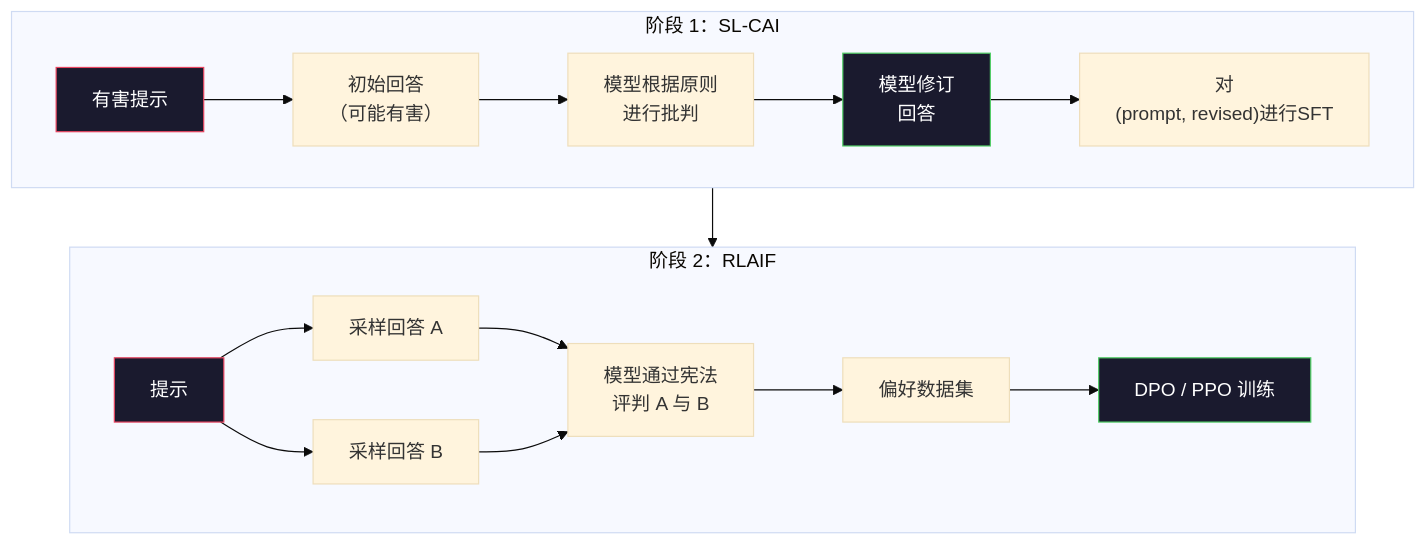
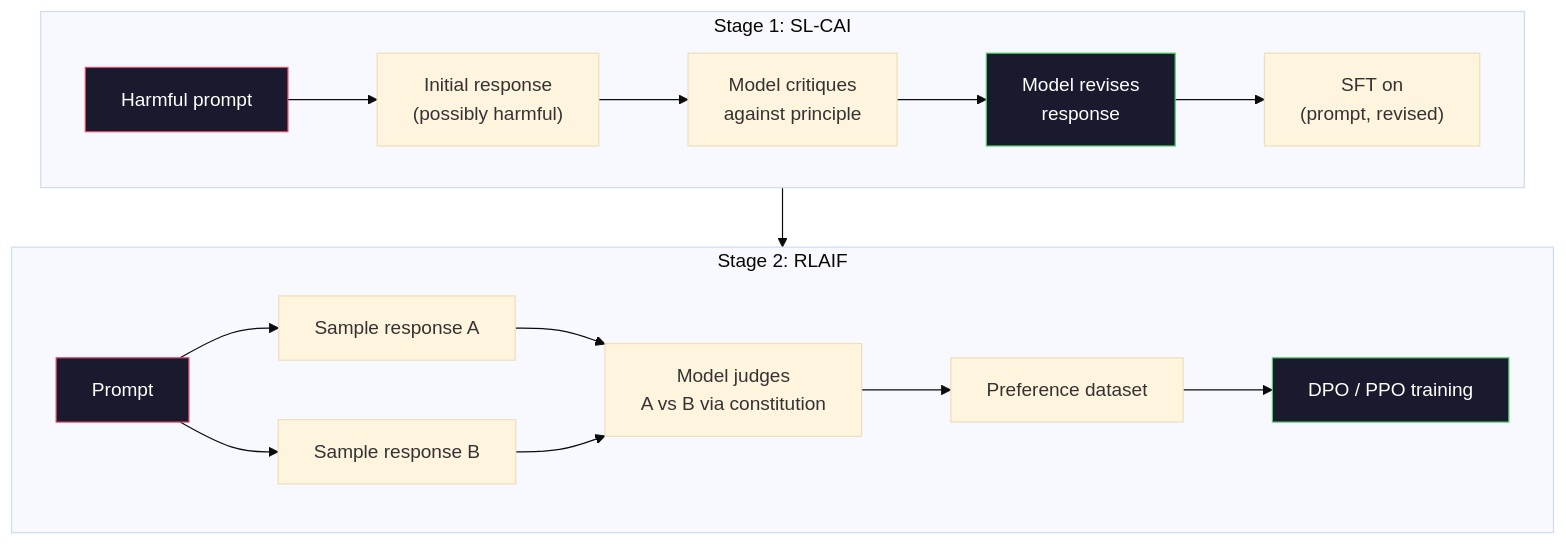
The first of 2 diagrams in i18n/zh/phases/10-llms-from-scratch/09-constitutional-ai-self-improvement/docs/zh.md (xiaojiaenen/ai-engineering-from-scratch-zh), drawn with Mermaid (base theme) before and after one commit. The commit also changed other lines of this file and 24 other files, not shown here.

````diff
--- a/i18n/zh/phases/10-llms-from-scratch/09-constitutional-ai-self-improvement/docs/zh.md
+++ b/i18n/zh/phases/10-llms-from-scratch/09-constitutional-ai-self-improvement/docs/zh.md
@@ -37,25 +37,25 @@
 ```mermaid
 graph TD
-    subgraph SL["阶段 1：SL-CAI"]
-        P1["有害提示"] --> R1["初始回答\n（可能有害）"]
-        R1 --> C1["模型根据原则\n进行批判"]
-        C1 --> REV["模型修订\n回答"]
-        REV --> SFT["对\n(prompt, revised)进行SFT"]
+    subgraph SL["Stage 1: SL-CAI"]
+        P1["Harmful prompt"] --> R1["Initial response\n(possibly harmful)"]
+        R1 --> C1["Model critiques\nagainst principle"]
+        C1 --> REV["Model revises\nresponse"]
+        REV --> SFT["SFT on\n(prompt, revised)"]
     end
 
-    subgraph RL["阶段 2：RLAIF"]
-        P2["提示"] --> S1["采样回答 A"]
-        P2 --> S2["采样回答 B"]
-        S1 --> J["模型通过宪法\n评判 A 与 B"]
+    subgraph RL["Stage 2: RLAIF"]
+        P2["Prompt"] --> S1["Sample response A"]
+        P2 --> S2["Sample response B"]
+        S1 --> J["Model judges\nA vs B via constitution"]
         S2 --> J
-        J --> RM["偏好数据集"]
-        RM --> TRAIN["DPO / PPO 训练"]
+        J --> RM["Preference dataset"]
+        RM --> TRAIN["DPO / PPO training"]
     end
 
     SL --> RL
 
     style P1 fill:#1a1a2e,stroke:#e94560,color:#fff
     style REV fill:#1a1a2e,stroke:#51cf66,color:#fff
     style P2 fill:#1a1a2e,stroke:#e94560,color:#fff
     style TRAIN fill:#1a1a2e,stroke:#51cf66,color:#fff
 ```
````
